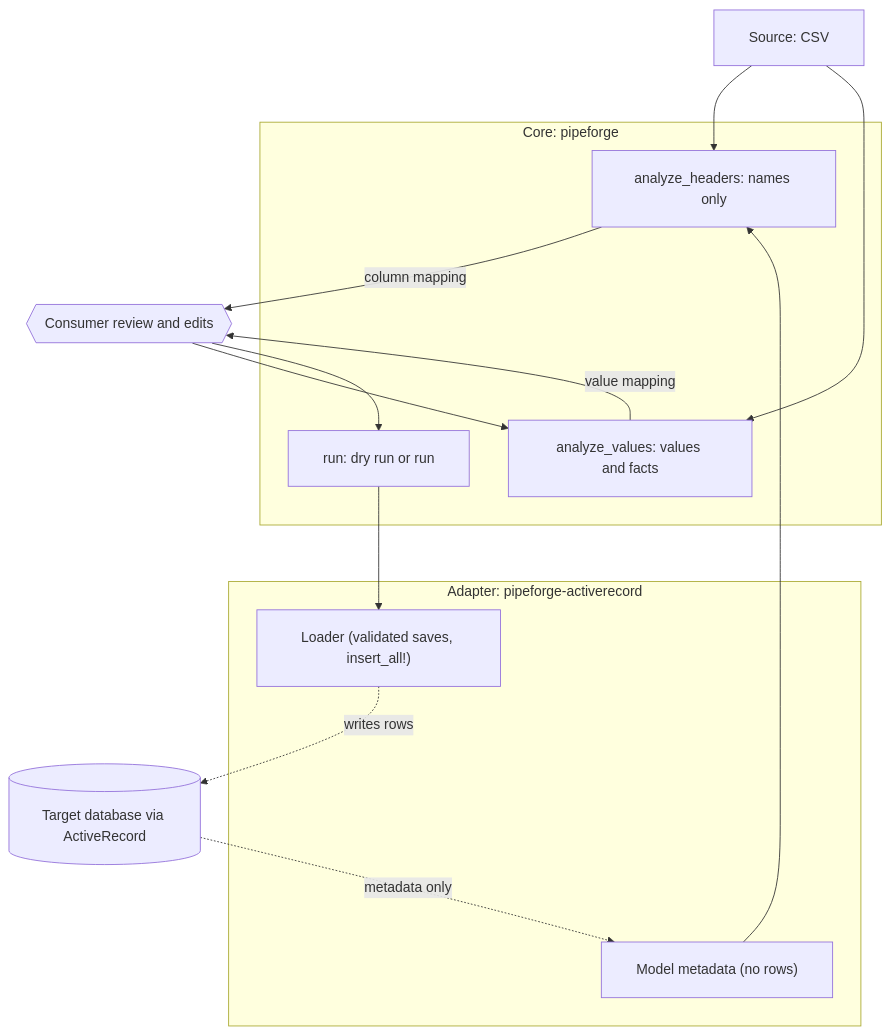
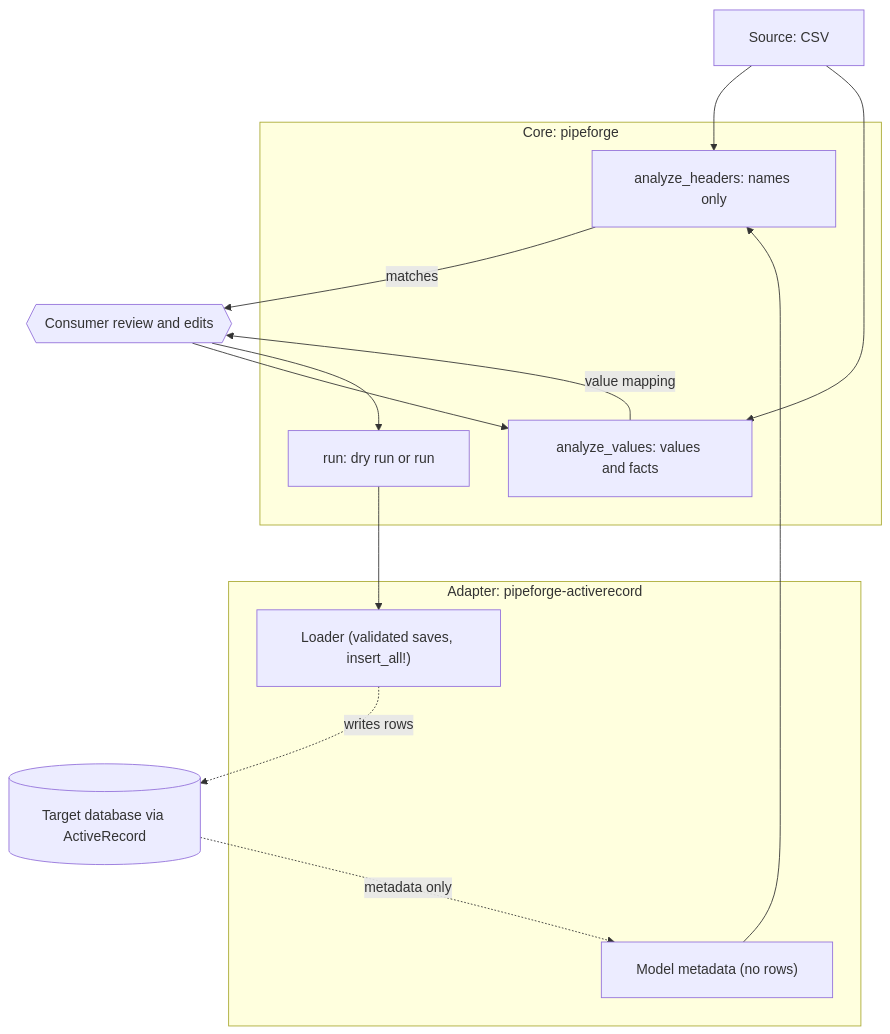
The diagram in README.md (venkydev02/Pipeforge), drawn with Mermaid before and after one commit. The commit also changed other lines of this file and 98 other files, not shown here.

````diff
--- a/README.md
+++ b/README.md
@@ -22,29 +22,29 @@
 ```mermaid
 %%{init: {'flowchart': {'nodeSpacing': 45, 'rankSpacing': 65, 'padding': 20}}}%%
 flowchart TD
     Source[Source: CSV]
     DB[(Target database via ActiveRecord)]
 
     subgraph Core["Core: pipeforge"]
         Headers["analyze_headers: names only"]
         Values["analyze_values: values and facts"]
         Run["run: dry run or run"]
     end
 
     subgraph Adapter["Adapter: pipeforge-activerecord"]
         Schema["Model metadata (no rows)"]
         Loader["Loader (validated saves, insert_all!)"]
     end
 
     Edit{{"Consumer review and edits"}}
 
     Source --> Headers
     DB -. "metadata only" .-> Schema --> Headers
-    Headers -->|"column mapping"| Edit
+    Headers -->|"matches"| Edit
     Edit --> Values
     Source --> Values
     Values -->|"value mapping"| Edit
     Edit --> Run
     Run --> Loader
     Loader -. writes rows .-> DB
 ```
````
